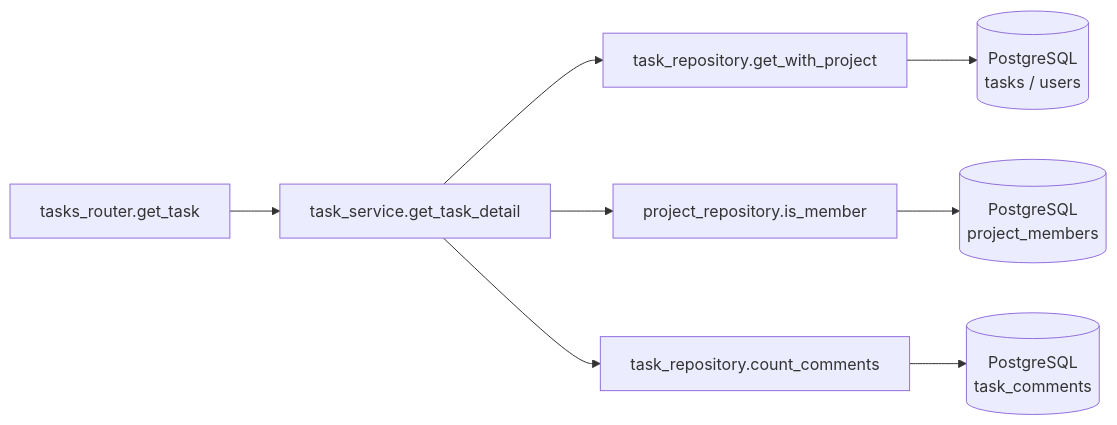
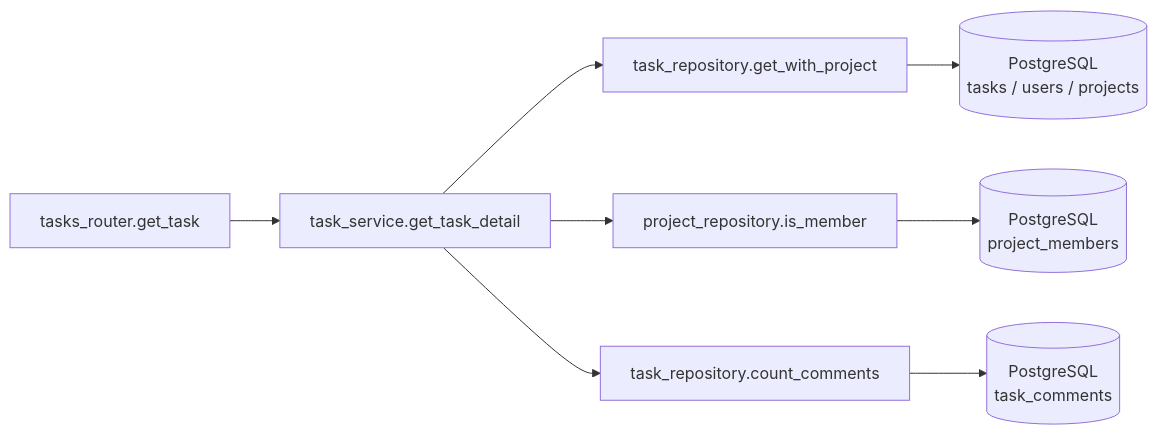
The third of 4 diagrams in detailed_design/api/tasks/03_get_task.md (oikawa-d/task_management), drawn with Mermaid before and after one commit. The commit also changed other lines of this file and 25 other files, not shown here.

````diff
--- a/detailed_design/api/tasks/03_get_task.md
+++ b/detailed_design/api/tasks/03_get_task.md
@@ -191,10 +201,10 @@
 ```mermaid
 flowchart LR
     R["tasks_router.get_task"] --> S["task_service.get_task_detail"]
     S --> TR["task_repository.get_with_project"]
     S --> PR["project_repository.is_member"]
     S --> CC["task_repository.count_comments"]
-    TR --> DB[("PostgreSQL<br/>tasks / users")]
+    TR --> DB[("PostgreSQL<br/>tasks / users / projects")]
     PR --> DBM[("PostgreSQL<br/>project_members")]
     CC --> DBC[("PostgreSQL<br/>task_comments")]
 ```
````
